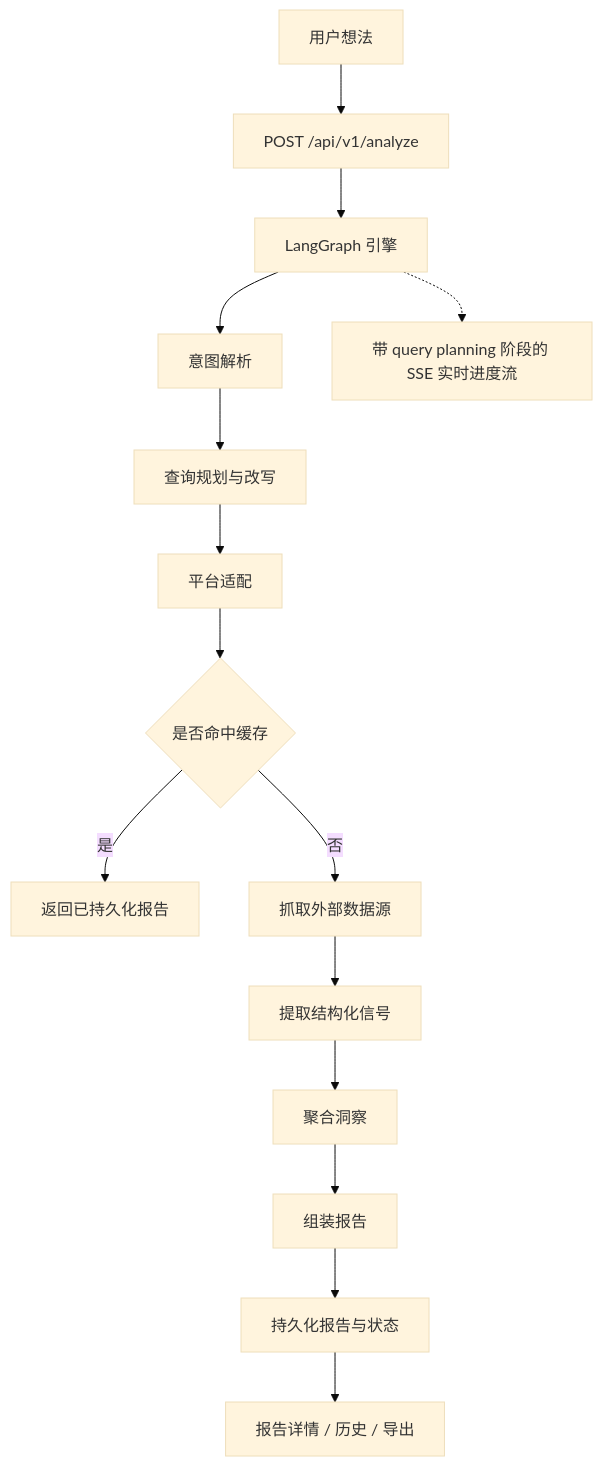
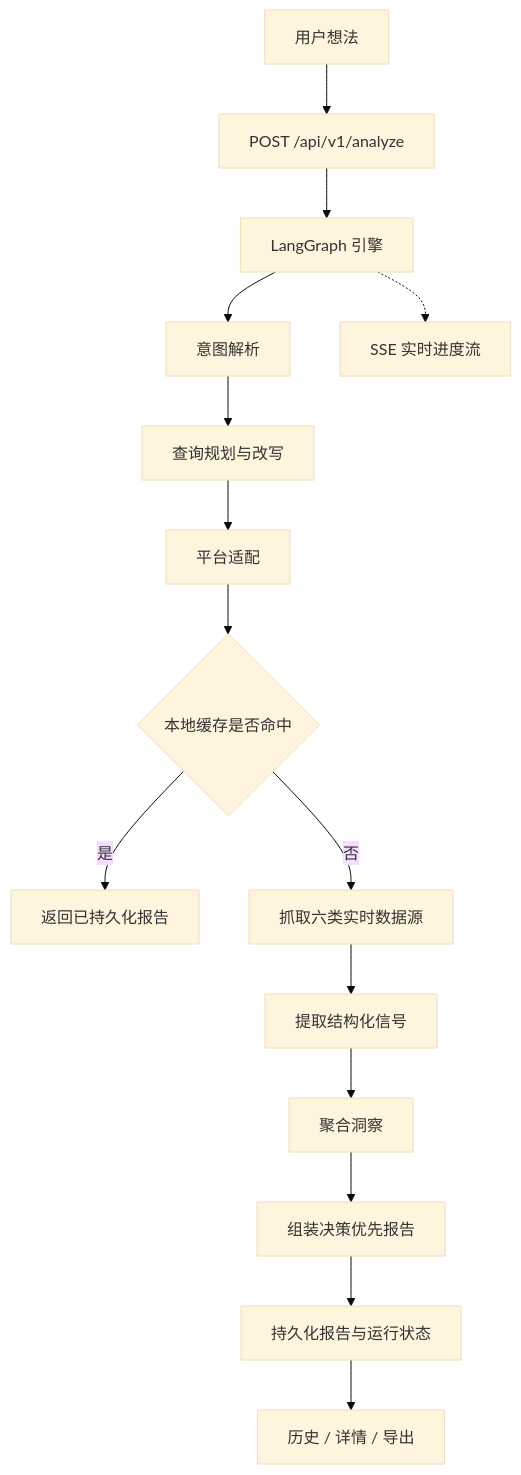
One commit to Tendo33/IdeaGo changed the diagram in README_CN.md. Above: the diagram before and after it, drawn with Mermaid (base theme). The commit also changed other lines of this file and 9 other files, not shown here.

````diff
--- a/README_CN.md
+++ b/README_CN.md
@@ -175,17 +194,17 @@
 ```mermaid
 flowchart TD
     A["用户想法"] --> B["POST /api/v1/analyze"]
     B --> C["LangGraph 引擎"]
     C --> D["意图解析"]
     D --> E["查询规划与改写"]
     E --> F["平台适配"]
-    F --> G{"是否命中缓存"}
+    F --> G{"本地缓存是否命中"}
     G -->|是| H["返回已持久化报告"]
-    G -->|否| I["抓取外部数据源"]
+    G -->|否| I["抓取六类实时数据源"]
     I --> J["提取结构化信号"]
     J --> K["聚合洞察"]
-    K --> L["组装报告"]
-    L --> M["持久化报告与状态"]
-    M --> N["报告详情 / 历史 / 导出"]
-    C -.-> O["带 query planning 阶段的 SSE 实时进度流"]
+    K --> L["组装决策优先报告"]
+    L --> M["持久化报告与运行状态"]
+    M --> N["历史 / 详情 / 导出"]
+    C -.-> O["SSE 实时进度流"]
 ```
````
